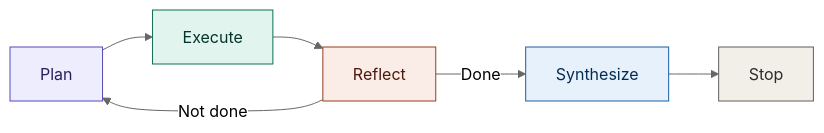
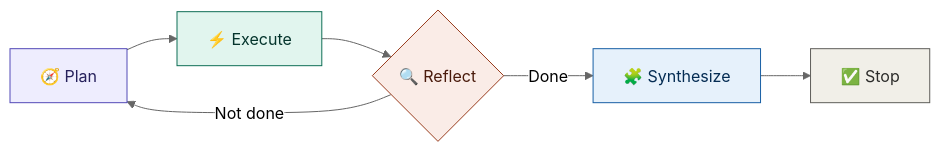
One commit to ermohangc07/ermohangc07 changed the diagram in README.md. Above: the diagram before and after it, drawn with Mermaid (neutral theme). The commit also changed other lines of this file, not shown here.

````diff
--- a/README.md
+++ b/README.md
@@ -32,14 +39,14 @@
 ```mermaid
 flowchart LR
-    A[Plan] --> B[Execute]
-    B --> C[Reflect]
+    A[🧭 Plan] --> B[⚡ Execute]
+    B --> C{🔍 Reflect}
     C -->|Not done| A
-    C -->|Done| D[Synthesize]
-    D --> E[Stop]
+    C -->|Done| D[🧩 Synthesize]
+    D --> E[✅ Stop]
 
     style A fill:#EEEDFE,stroke:#534AB7,color:#26215C
     style B fill:#E1F5EE,stroke:#0F6E56,color:#04342C
     style C fill:#FAECE7,stroke:#993C1D,color:#4A1B0C
     style D fill:#E6F1FB,stroke:#185FA5,color:#042C53
     style E fill:#F1EFE8,stroke:#5F5E5A,color:#2C2C2A
 ```
````
